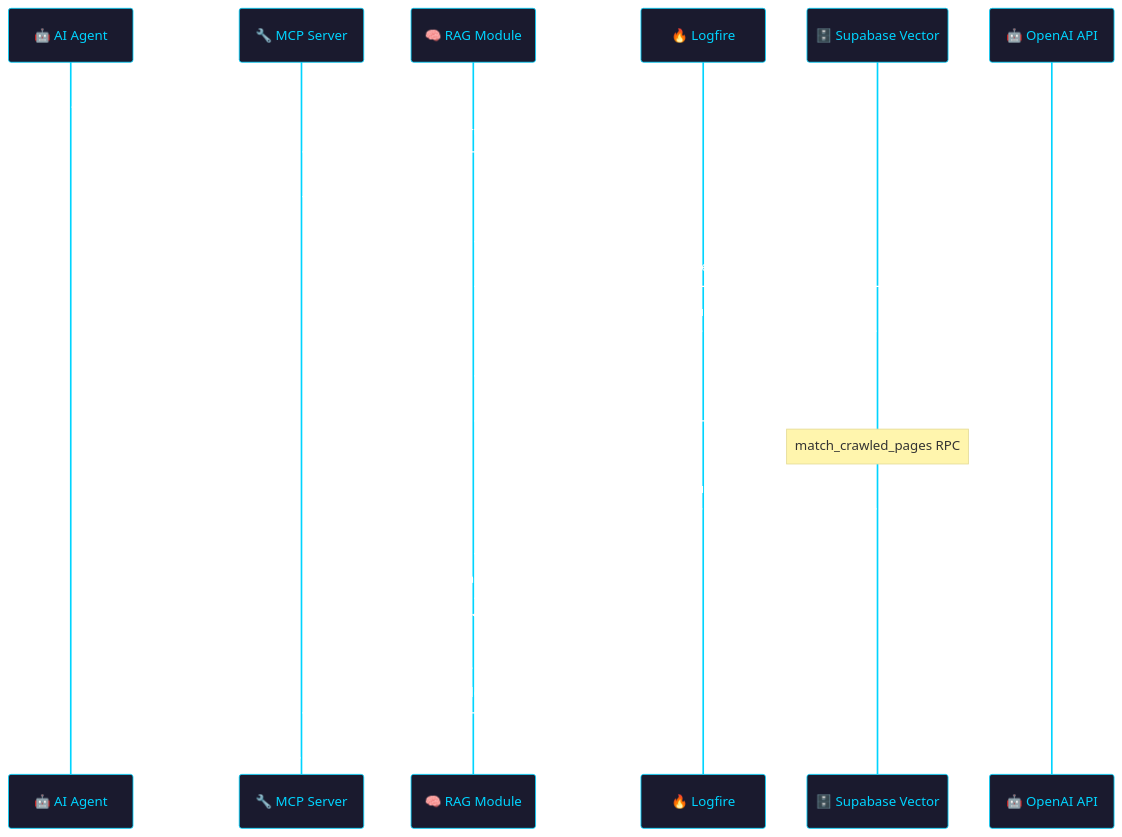
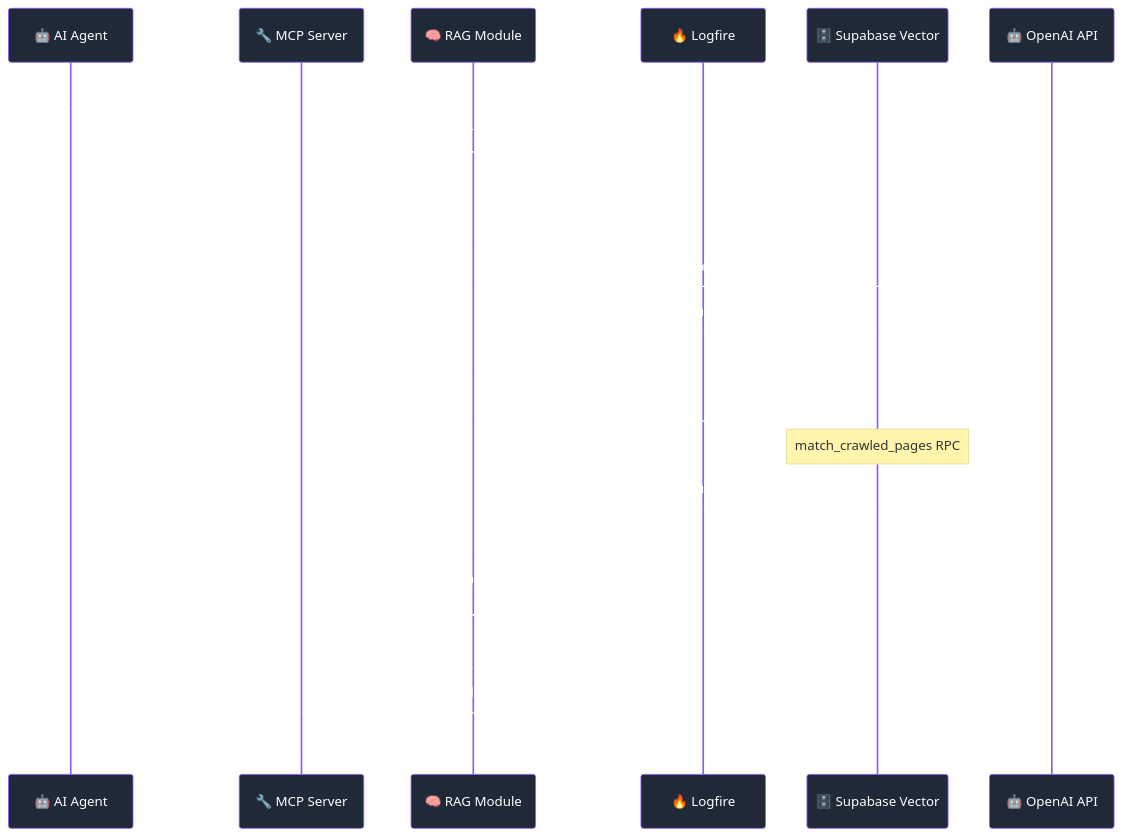
Before and after one commit to tarsonis125/mcp-crawl4ai-rag-ChromaDB-V1: the diagram in docs/docs/rag.mdx, drawn with Mermaid. The commit also changed 18 other files, not shown here.

````diff
--- a/docs/docs/rag.mdx
+++ b/docs/docs/rag.mdx
@@ -28,50 +28,51 @@
 ```mermaid
----
-config:
-  theme: 'base'
-  themeVariables:
-    primaryColor: '#1a1a2e'
-    primaryTextColor: '#00d4ff'
-    primaryBorderColor: '#00d4ff'
-    lineColor: '#00d4ff'
-    secondaryColor: '#16213e'
-    tertiaryColor: '#0f3460'
-    background: '#0a0a1a'
-    mainBkg: '#1a1a2e'
-    secondBkg: '#16213e'
-    textColor: '#ffffff'
-    actorBkg: '#1a1a2e'
-    actorBorder: '#00d4ff'
-    actorTextColor: '#00d4ff'
-    activationBkgColor: '#16213e'
-    activationBorderColor: '#00ff88'
-    sequenceNumberColor: '#00d4ff'
----
+%%{init:{
+  'theme':'base',
+  'themeVariables': {
+    'primaryColor':'#1f2937',
+    'primaryTextColor':'#ffffff',
+    'primaryBorderColor':'#8b5cf6',
+    'lineColor':'#a855f7',
+    'textColor':'#ffffff',
+    'fontFamily':'Inter',
+    'fontSize':'14px',
+    'background':'#000000',
+    'mainBkg':'#1f2937',
+    'secondBkg':'#111827',
+    'borderColor':'#8b5cf6',
+    'actorBkg':'#1f2937',
+    'actorBorder':'#8b5cf6',
+    'actorTextColor':'#ffffff',
+    'activationBkgColor':'#111827',
+    'activationBorderColor':'#a855f7',
+    'sequenceNumberColor':'#a855f7'
+  }
+}}%%
 sequenceDiagram
     participant Client as 🤖 AI Agent
     participant MCP as 🔧 MCP Server
     participant RAG as 🧠 RAG Module
     participant Logfire as 🔥 Logfire
     participant Vector as 🗄️ Supabase Vector
     participant OpenAI as 🤖 OpenAI API
 
     Client->>MCP: RAG Query Request
     MCP->>Logfire: Start Query Span
     MCP->>RAG: Process Query
     
     RAG->>Logfire: Log Query Processing
     RAG->>OpenAI: Generate Embeddings
     OpenAI-->>RAG: Query Embedding Vector
     
     RAG->>Logfire: Log Embedding Generation
     RAG->>Vector: Vector Similarity Search
     Note over Vector: match_crawled_pages RPC
     Vector-->>RAG: Matching Documents
     
     RAG->>Logfire: Log Search Results
     RAG->>RAG: Filter & Rank Results
     RAG-->>MCP: Formatted Results
     
     MCP->>Logfire: Complete Query Span
     MCP-->>Client: RAG Response with Sources
 ```
````
